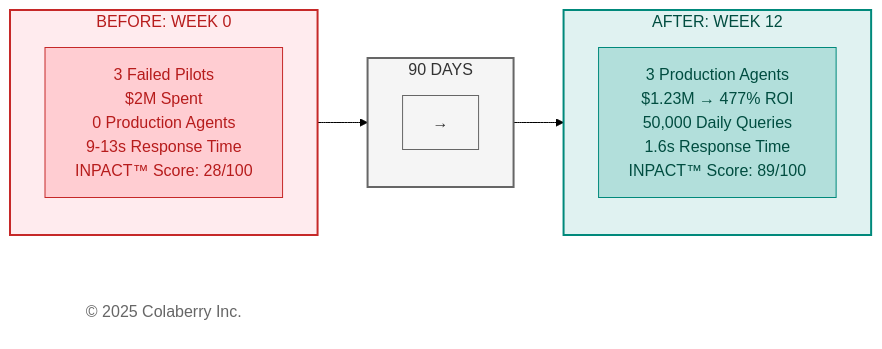
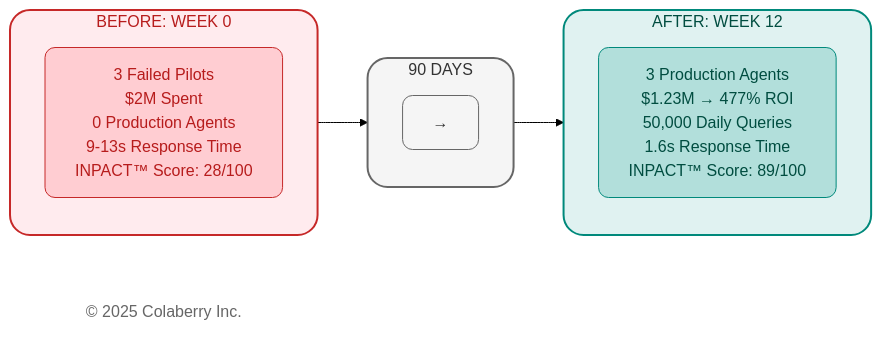
The first of 4 diagrams in manuscript/01_chapter_0_trust_before_intelligence.md (saitejesh-cyber/trust-before-intelligence-book), drawn with Mermaid (forest theme) before and after one commit. The commit also changed other lines of this file, not shown here.

````diff
--- a/manuscript/01_chapter_0_trust_before_intelligence.md
+++ b/manuscript/01_chapter_0_trust_before_intelligence.md
@@ -15,31 +15,31 @@
 ```mermaid
 
 graph LR
     subgraph BEFORE["BEFORE: WEEK 0"]
         direction TB
         B1["3 Failed Pilots<br/>$2M Spent<br/>0 Production Agents<br/>9-13s Response Time<br/>INPACT™ Score: 28/100"]
     end
     
     subgraph TRANSFORM["90 DAYS"]
         direction TB
         T1["→"]
     end
     
     subgraph AFTER["AFTER: WEEK 12"]
         direction TB
         A1["3 Production Agents<br/>$1.23M → 477% ROI<br/>50,000 Daily Queries<br/>1.6s Response Time<br/>INPACT™ Score: 89/100"]
     end
     
     Copyright["© 2025 Colaberry Inc."]
     
     BEFORE --> TRANSFORM --> AFTER
     
-    style BEFORE fill:#ffebee,stroke:#c62828,stroke-width:2px,color:#b71c1c
-    style TRANSFORM fill:#f5f5f5,stroke:#666666,stroke-width:2px,color:#333333
-    style AFTER fill:#e0f2f1,stroke:#00897b,stroke-width:2px,color:#004d40
-    style B1 fill:#ffcdd2,stroke:#c62828,color:#b71c1c
-    style T1 fill:#f5f5f5,stroke:#666666,color:#333333
-    style A1 fill:#b2dfdb,stroke:#00897b,color:#004d40
+    style BEFORE fill:#ffebee,stroke:#c62828,stroke-width:2px,color:#b71c1c,rx:2O,ry:20
+    style TRANSFORM fill:#f5f5f5,stroke:#666666,stroke-width:2px,color:#333333,rx:2O,ry:20
+    style AFTER fill:#e0f2f1,stroke:#00897b,stroke-width:2px,color:#004d40,rx:2O,ry:20
+    style B1 fill:#ffcdd2,stroke:#c62828,color:#b71c1c,rx:1O,ry:10
+    style T1 fill:#f5f5f5,stroke:#666666,color:#333333,rx:1O,ry:10
+    style A1 fill:#b2dfdb,stroke:#00897b,color:#004d40,rx:1O,ry:10
     style Copyright fill:#ffffff,stroke:none,color:#666666
     
 ```
````
